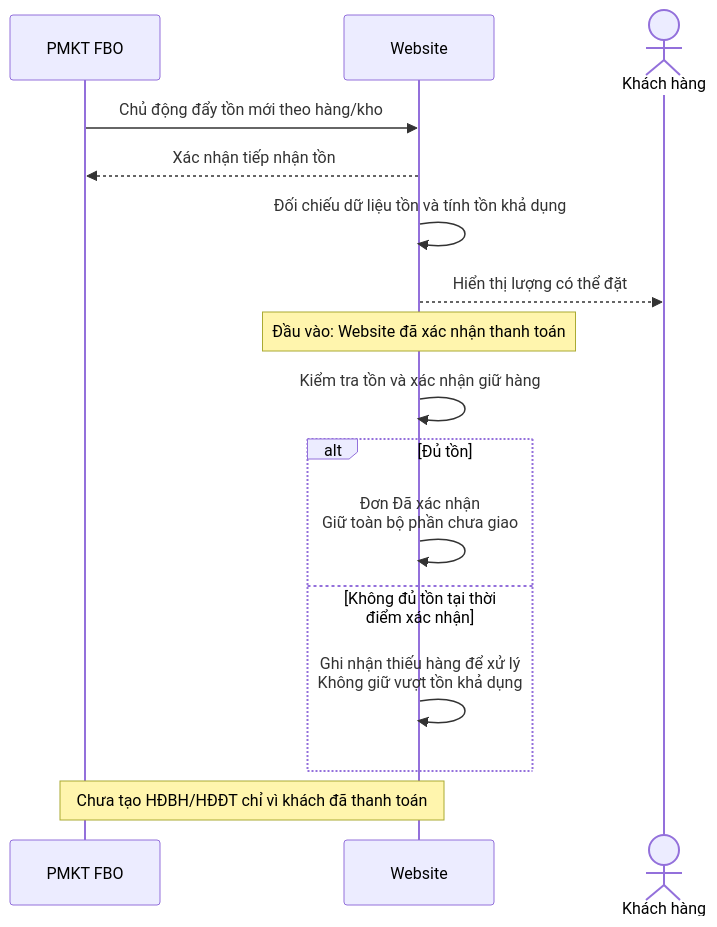
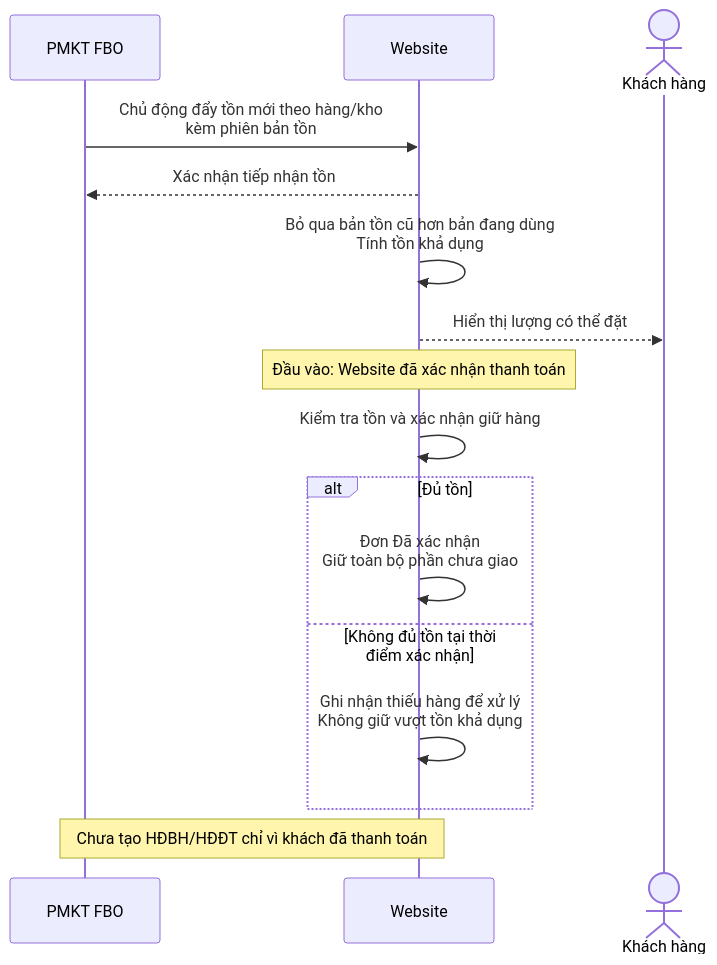
The first of 4 diagrams in BRD.md (quangnh0609/PhuongThao), drawn with Mermaid before and after one commit. The commit also changed other lines of this file and 10323 other files, not shown here.

````diff
--- a/BRD.md
+++ b/BRD.md
@@ -130,18 +141,18 @@
 ```mermaid
 sequenceDiagram
     participant FBO as PMKT FBO
     participant WEB as Website
     actor KH as Khách hàng
-    FBO->>WEB: Chủ động đẩy tồn mới theo hàng/kho
+    FBO->>WEB: Chủ động đẩy tồn mới theo hàng/kho<br/>kèm phiên bản tồn
     WEB-->>FBO: Xác nhận tiếp nhận tồn
-    WEB->>WEB: Đối chiếu dữ liệu tồn và tính tồn khả dụng
+    WEB->>WEB: Bỏ qua bản tồn cũ hơn bản đang dùng<br/>Tính tồn khả dụng
     WEB-->>KH: Hiển thị lượng có thể đặt
     Note over WEB: Đầu vào: Website đã xác nhận thanh toán
     WEB->>WEB: Kiểm tra tồn và xác nhận giữ hàng
     alt Đủ tồn
         WEB->>WEB: Đơn Đã xác nhận<br/>Giữ toàn bộ phần chưa giao
     else Không đủ tồn tại thời điểm xác nhận
         WEB->>WEB: Ghi nhận thiếu hàng để xử lý<br/>Không giữ vượt tồn khả dụng
     end
     Note over WEB,FBO: Chưa tạo HĐBH/HĐĐT chỉ vì khách đã thanh toán
 ```
````
